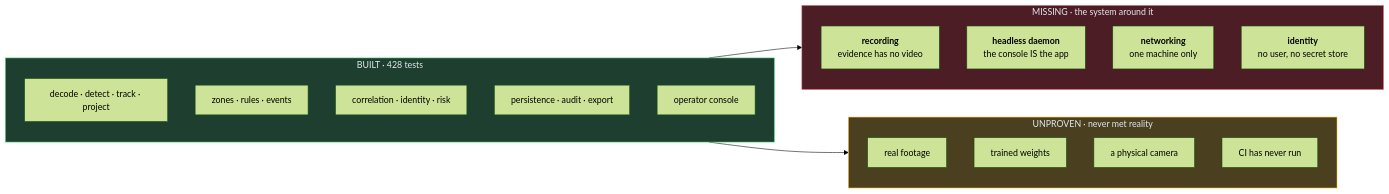
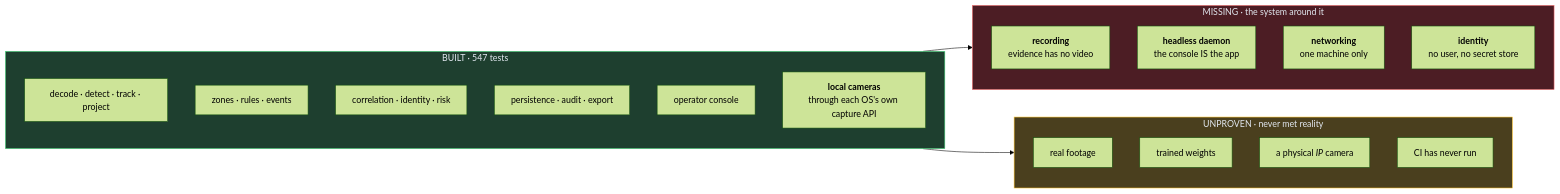
One commit to haidar-farhat/V.I.G.I.L._Vision_Intelligence_and_Geospatial_ncident_Layer changed the first of 2 diagrams in ROADMAP.md. Above: the diagram before and after it, drawn with Mermaid (forest theme). The commit also changed other lines of this file and 14 other files, not shown here.

First line of the commit message:
feat: add a camera through the operating system's own capture API

````diff
--- a/ROADMAP.md
+++ b/ROADMAP.md
@@ -21,34 +21,35 @@
 ```mermaid
 flowchart LR
-    subgraph done["BUILT · 428 tests"]
+    subgraph done["BUILT · 547 tests"]
         direction TB
         D1["decode · detect · track · project"]
         D2["zones · rules · events"]
         D3["correlation · identity · risk"]
         D4["persistence · audit · export"]
         D5["operator console"]
+        D6["<b>local cameras</b><br/>through each OS's own capture API"]
     end
 
     subgraph missing["MISSING · the system around it"]
         direction TB
         M1["<b>recording</b><br/>evidence has no video"]
         M2["<b>headless daemon</b><br/>the console IS the app"]
         M3["<b>networking</b><br/>one machine only"]
         M4["<b>identity</b><br/>no user, no secret store"]
     end
 
     subgraph unproven["UNPROVEN · never met reality"]
         direction TB
         U1["real footage"]
         U2["trained weights"]
-        U3["a physical camera"]
+        U3["a physical <i>IP</i> camera"]
         U4["CI has never run"]
     end
 
     done --> missing
     done --> unproven
 
     style done fill:#1e3f2f,stroke:#4ade80,color:#e2e8f0
     style missing fill:#4c1d24,stroke:#f87171,color:#e2e8f0
     style unproven fill:#4a3f1e,stroke:#fbbf24,color:#e2e8f0
 ```
````
